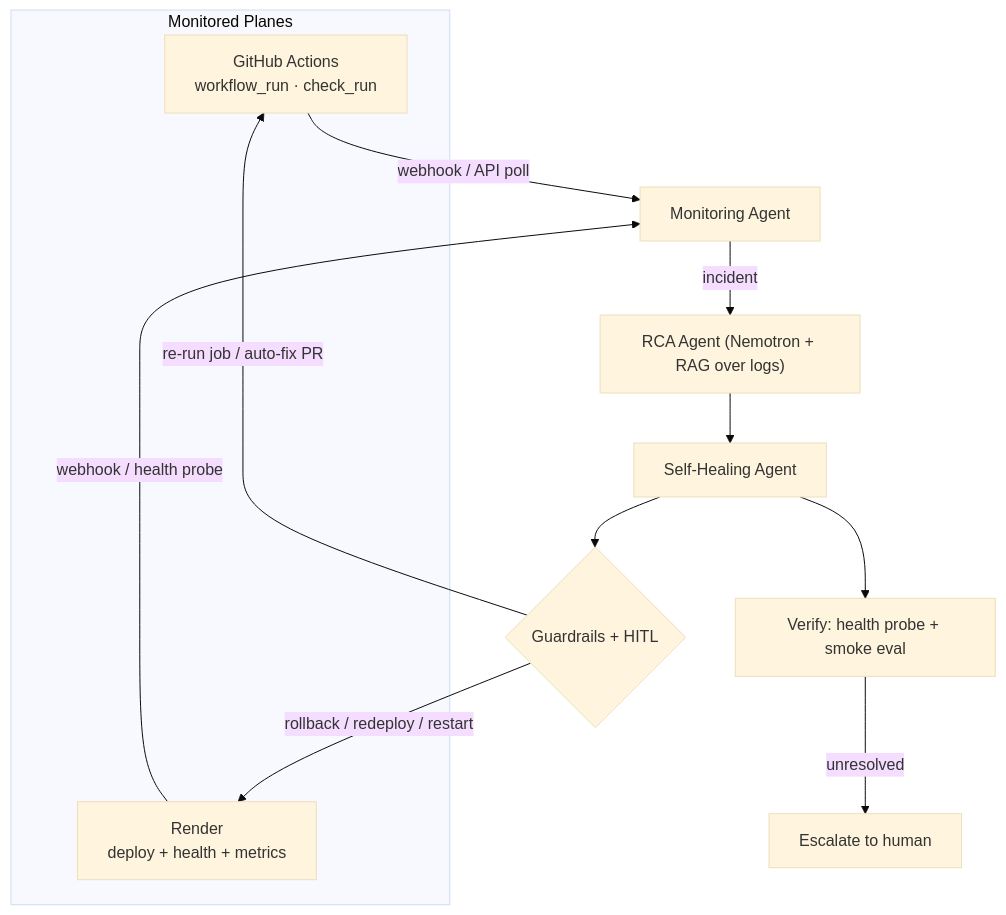
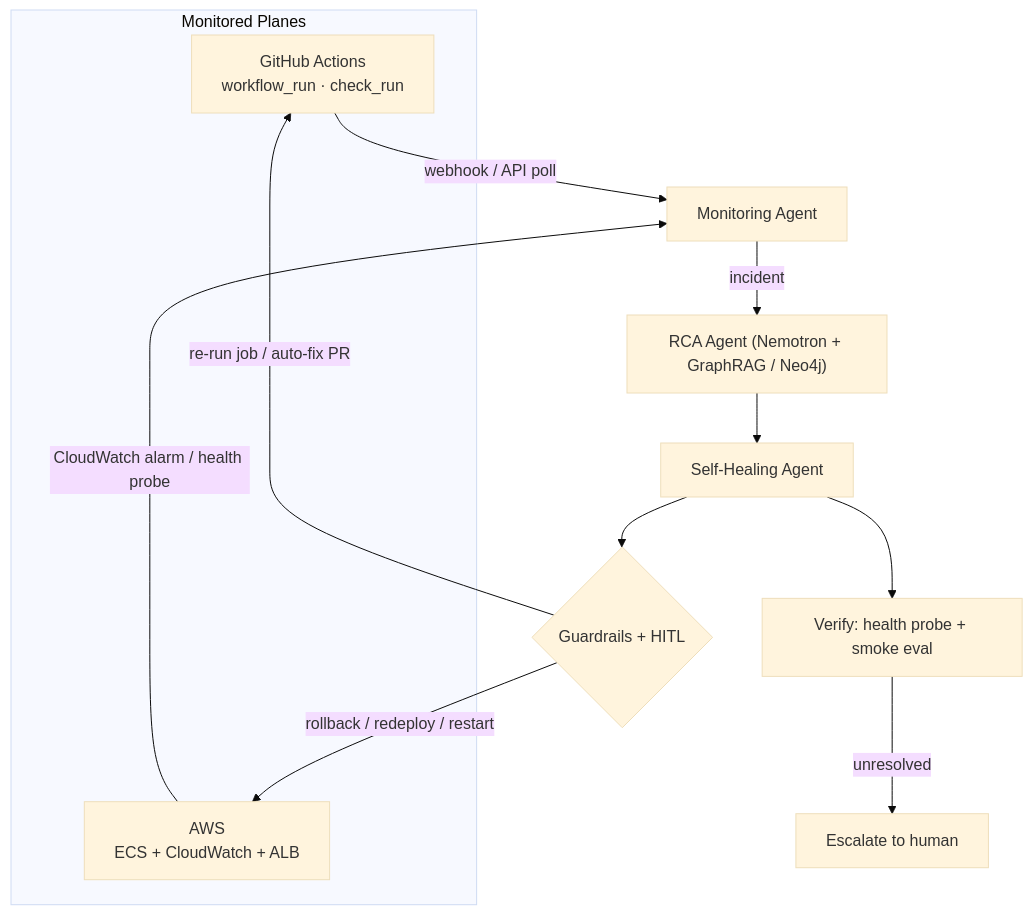
Before and after one commit to riya2025/NVIDIA-HACKATHON: the sixth of 6 diagrams in ARCHITECTURE.md, drawn with Mermaid (base theme). The commit also changed other lines of this file and 42 other files, not shown here.

````diff
--- a/ARCHITECTURE.md
+++ b/ARCHITECTURE.md
@@ -235,16 +239,16 @@
 ```mermaid
 flowchart TB
     subgraph SRC["Monitored Planes"]
         GH["GitHub Actions<br/>workflow_run · check_run"]
-        RN["Render<br/>deploy + health + metrics"]
+        RN["AWS<br/>ECS + CloudWatch + ALB"]
     end
     GH -->|"webhook / API poll"| MON["Monitoring Agent"]
-    RN -->|"webhook / health probe"| MON
-    MON -->|"incident"| RCA["RCA Agent (Nemotron + RAG over logs)"]
+    RN -->|"CloudWatch alarm / health probe"| MON
+    MON -->|"incident"| RCA["RCA Agent (Nemotron + GraphRAG / Neo4j)"]
     RCA --> HEAL["Self-Healing Agent"]
     HEAL --> GATE{"Guardrails + HITL"}
     GATE -->|"re-run job / auto-fix PR"| GH
     GATE -->|"rollback / redeploy / restart"| RN
     HEAL --> VER["Verify: health probe + smoke eval"]
     VER -->|"unresolved"| ESC["Escalate to human"]
 ```
````
